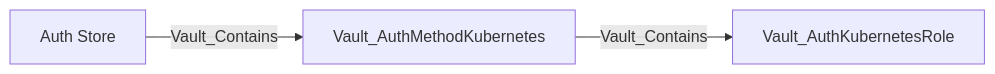
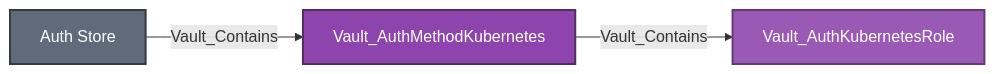
Diagram 15 of 28 in Documentation/stores/AUTH.md (bytewreck/opengraph-vault), drawn with Mermaid before and after one commit. The commit also changed other lines of this file, not shown here.

````diff
--- a/Documentation/stores/AUTH.md
+++ b/Documentation/stores/AUTH.md
@@ -805,5 +870,9 @@
 ```mermaid
 flowchart LR
-    store[Auth Store] -->|Vault_Contains| method[Vault_AuthMethodKubernetes]
-    method -->|Vault_Contains| role[Vault_AuthKubernetesRole]
+    store[Auth Store]:::storeNode -->|Vault_Contains| method[Vault_AuthMethodKubernetes]:::authMethodNode
+    method -->|Vault_Contains| role[Vault_AuthKubernetesRole]:::authRoleNode
+
+    classDef storeNode fill:#5F6B7A,color:#fff,stroke:#343A40,stroke-width:2px
+    classDef authMethodNode fill:#8E44AD,color:#fff,stroke:#512E5F,stroke-width:2px
+    classDef authRoleNode fill:#9B59B6,color:#fff,stroke:#633974,stroke-width:2px
 ```
````
